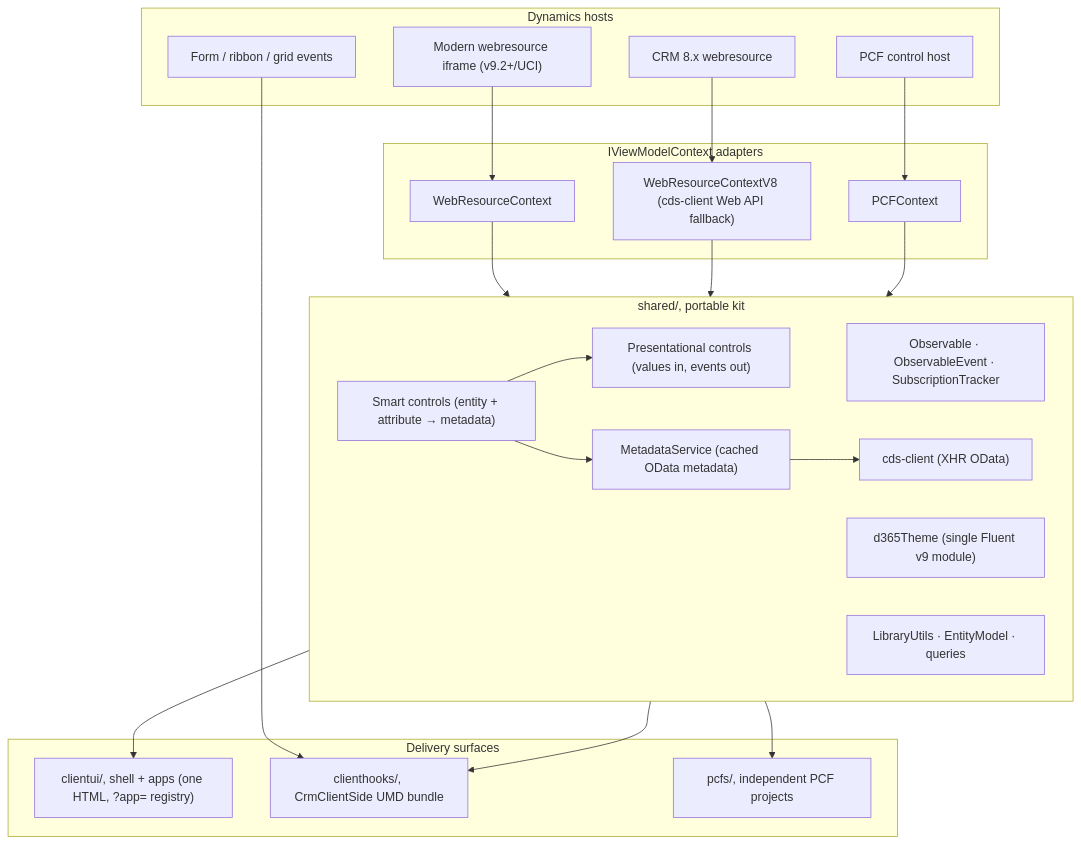
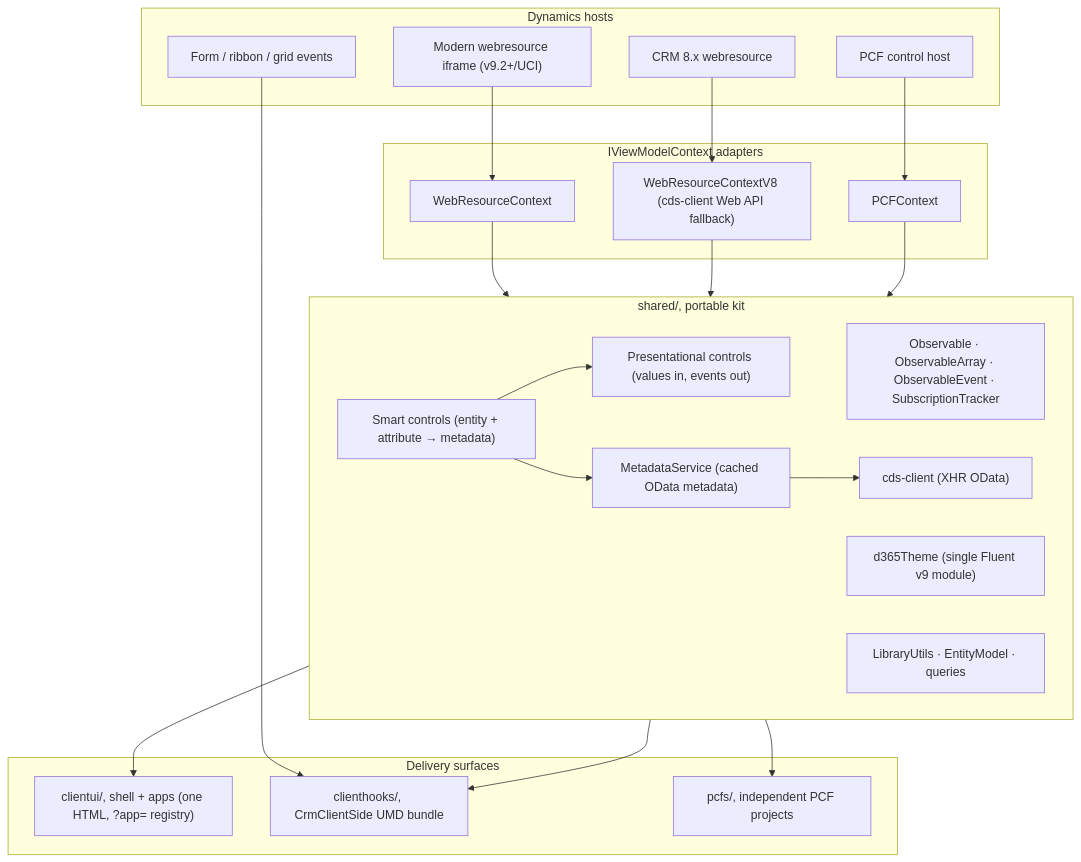
Before and after one commit to antoniocuegervas/d365-clientside-kit: the diagram in docs/architecture.md, drawn with Mermaid. The commit also changed 12 other files, not shown here.

First line of the commit message:
feat(reactivity): let grids bind an ObservableArray

````diff
--- a/docs/architecture.md
+++ b/docs/architecture.md
@@ -7,45 +7,45 @@
 ```mermaid
 flowchart TB
     subgraph hosts [Dynamics hosts]
         ModernWR["Modern webresource iframe (v9.2+/UCI)"]
         LegacyWR["CRM 8.x webresource"]
         PCFHost["PCF control host"]
         Scripts["Form / ribbon / grid events"]
     end
 
     subgraph adapters [IViewModelContext adapters]
         WRC["WebResourceContext"]
         WRC8["WebResourceContextV8 (cds-client Web API fallback)"]
         PCFC["PCFContext"]
     end
 
     subgraph kit [shared/, portable kit]
-        Reactivity["Observable · ObservableEvent · SubscriptionTracker"]
+        Reactivity["Observable · ObservableArray · ObservableEvent · SubscriptionTracker"]
         Smart["Smart controls (entity + attribute → metadata)"]
         Pres["Presentational controls (values in, events out)"]
         Meta["MetadataService (cached OData metadata)"]
         Cds["cds-client (XHR OData)"]
         Theme["d365Theme (single Fluent v9 module)"]
         Utils["LibraryUtils · EntityModel · queries"]
     end
 
     subgraph delivery [Delivery surfaces]
         ClientUI["clientui/, shell + apps (one HTML, ?app= registry)"]
         Hooks["clienthooks/, CrmClientSide UMD bundle"]
         PCFs["pcfs/, independent PCF projects"]
     end
 
     ModernWR --> WRC
     LegacyWR --> WRC8
     PCFHost --> PCFC
     Scripts --> Hooks
     WRC --> kit
     WRC8 --> kit
     PCFC --> kit
     kit --> ClientUI
     kit --> Hooks
     kit --> PCFs
     Smart --> Pres
     Smart --> Meta
     Meta --> Cds
 ```
````
